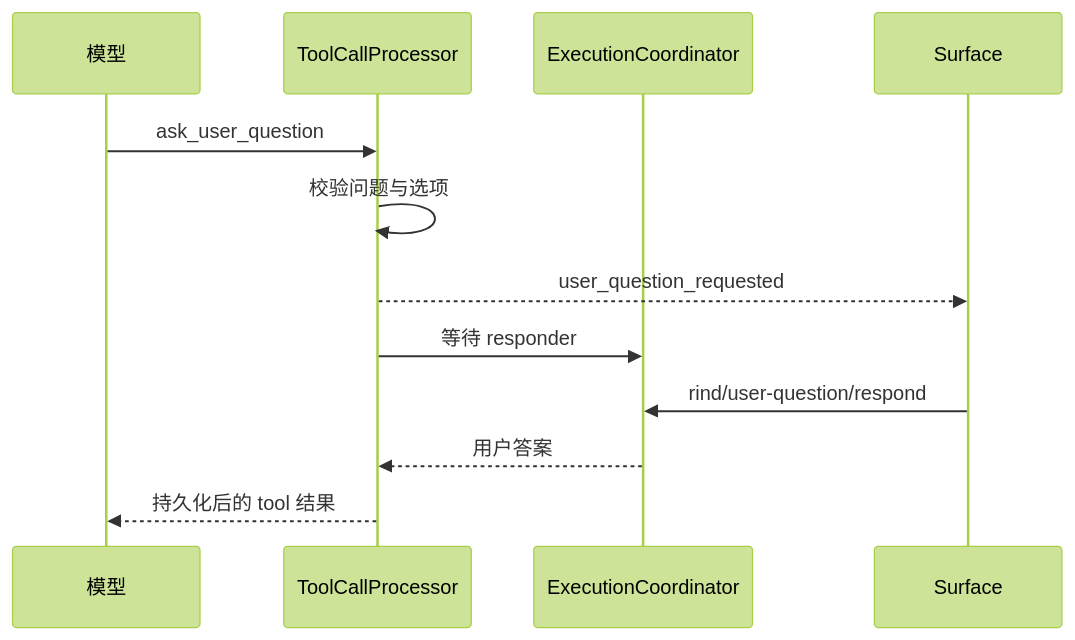
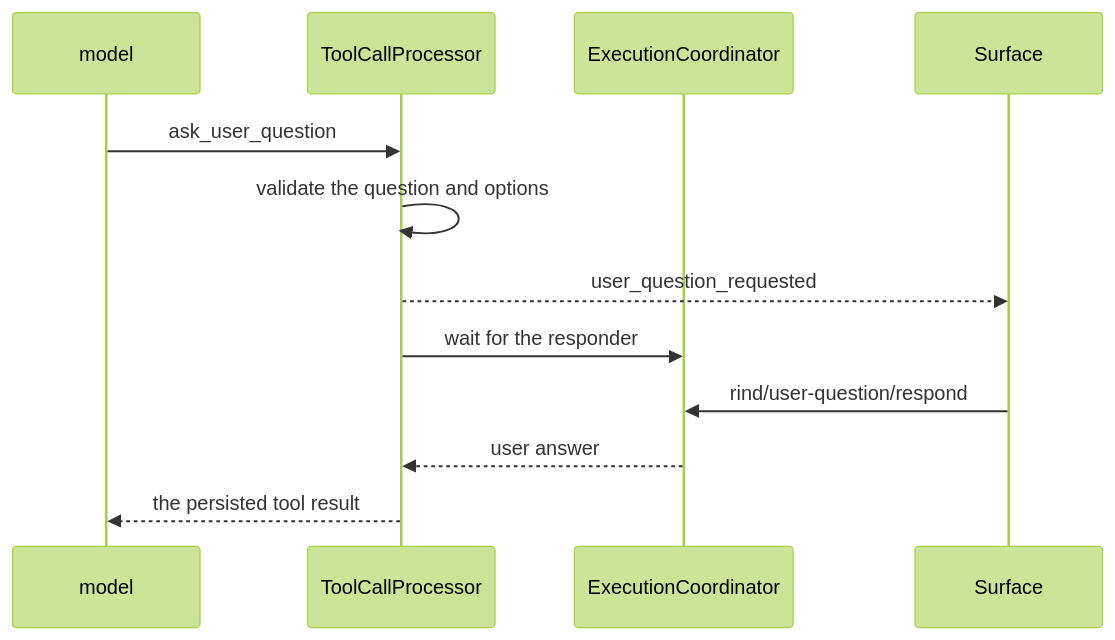
One commit to Azzurroooo/rind changed the diagram in docs/internals/04-tools/user-questions.md. Above: the diagram before and after it, drawn with Mermaid (forest theme). The commit also changed other lines of this file and 109 other files, not shown here.

```diff
--- a/docs/internals/04-tools/user-questions.md
+++ b/docs/internals/04-tools/user-questions.md
@@ -5,14 +7,14 @@
 ~~~mermaid
 sequenceDiagram
-    participant M as 模型
+    participant M as model
     participant P as ToolCallProcessor
     participant E as ExecutionCoordinator
     participant S as Surface
     M->>P: ask_user_question
-    P->>P: 校验问题与选项
+    P->>P: validate the question and options
     P-->>S: user_question_requested
-    P->>E: 等待 responder
+    P->>E: wait for the responder
     S->>E: rind/user-question/respond
-    E-->>P: 用户答案
-    P-->>M: 持久化后的 tool 结果
+    E-->>P: user answer
+    P-->>M: the persisted tool result
 ~~~
```
